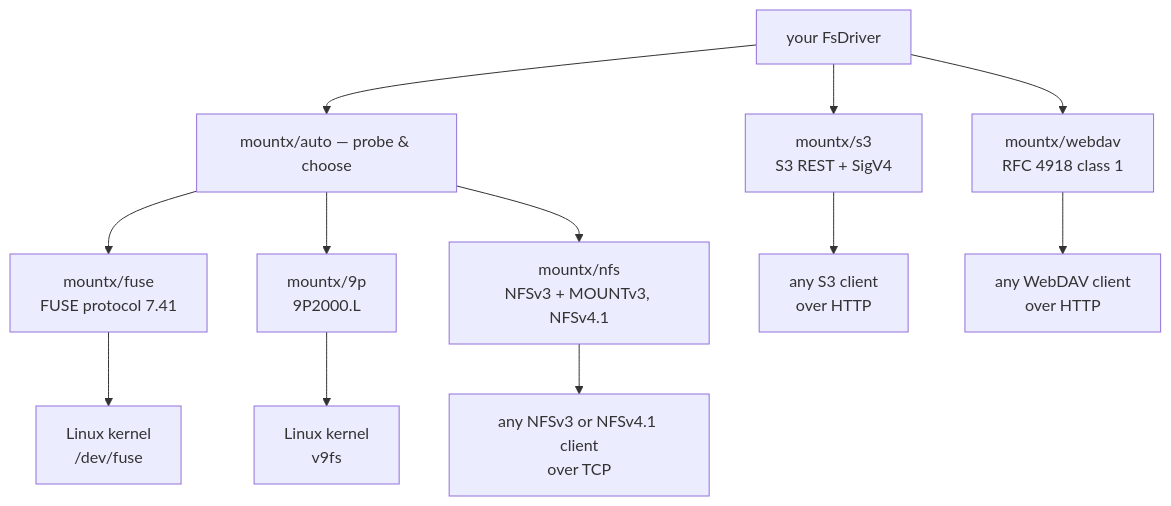
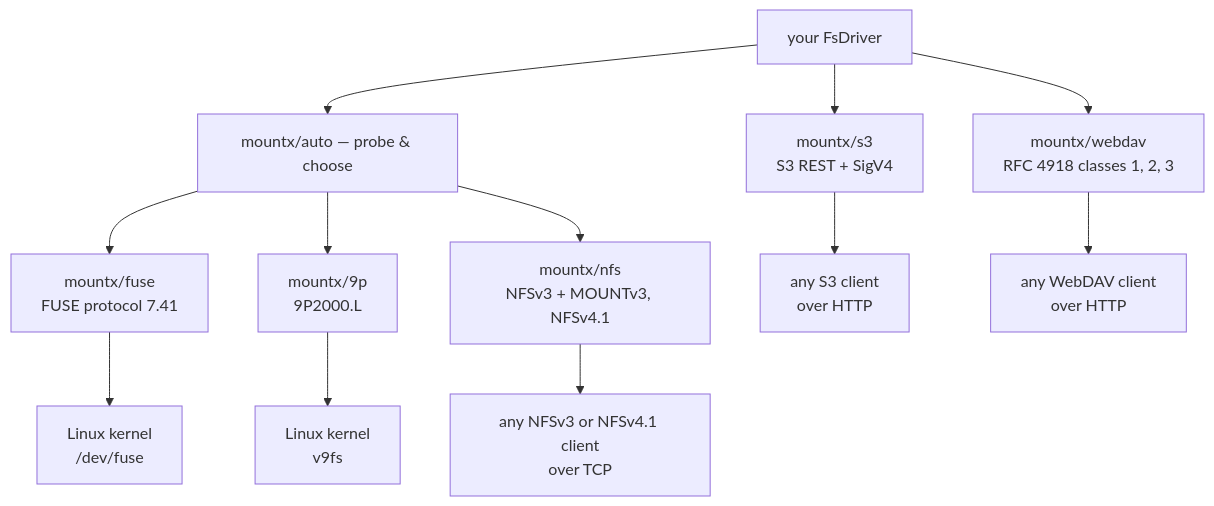
The diagram in docs/2.transports/0.index.md (pithings/mountx), drawn with Mermaid before and after one commit. The commit also changed other lines of this file and 5 other files, not shown here.

````diff
--- a/docs/2.transports/0.index.md
+++ b/docs/2.transports/0.index.md
@@ -12,26 +12,26 @@
 ```mermaid
 graph TB
   driver["your FsDriver"]
   auto["mountx/auto — probe & choose"]
   fuse["mountx/fuse<br/>FUSE protocol 7.41"]
   p9["mountx/9p<br/>9P2000.L"]
   nfs["mountx/nfs<br/>NFSv3 + MOUNTv3, NFSv4.1"]
   klinux["Linux kernel<br/>/dev/fuse"]
   kv9fs["Linux kernel<br/>v9fs"]
   knfs["any NFSv3 or NFSv4.1 client<br/>over TCP"]
   s3["mountx/s3<br/>S3 REST + SigV4"]
   ks3["any S3 client<br/>over HTTP"]
-  dav["mountx/webdav<br/>RFC 4918 class 1"]
+  dav["mountx/webdav<br/>RFC 4918 classes 1, 2, 3"]
   kdav["any WebDAV client<br/>over HTTP"]
   driver --> auto
   driver --> s3
   driver --> dav
   auto --> fuse
   auto --> p9
   auto --> nfs
   fuse --> klinux
   p9 --> kv9fs
   nfs --> knfs
   s3 --> ks3
   dav --> kdav
 ```
````
